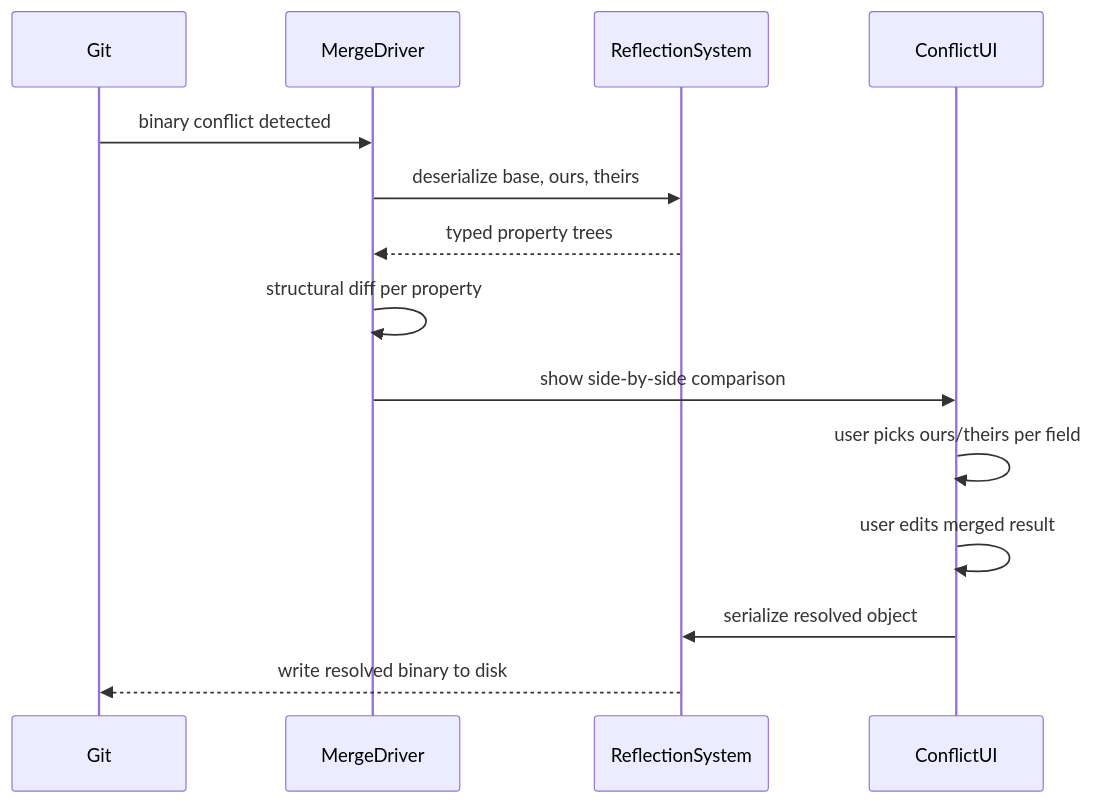
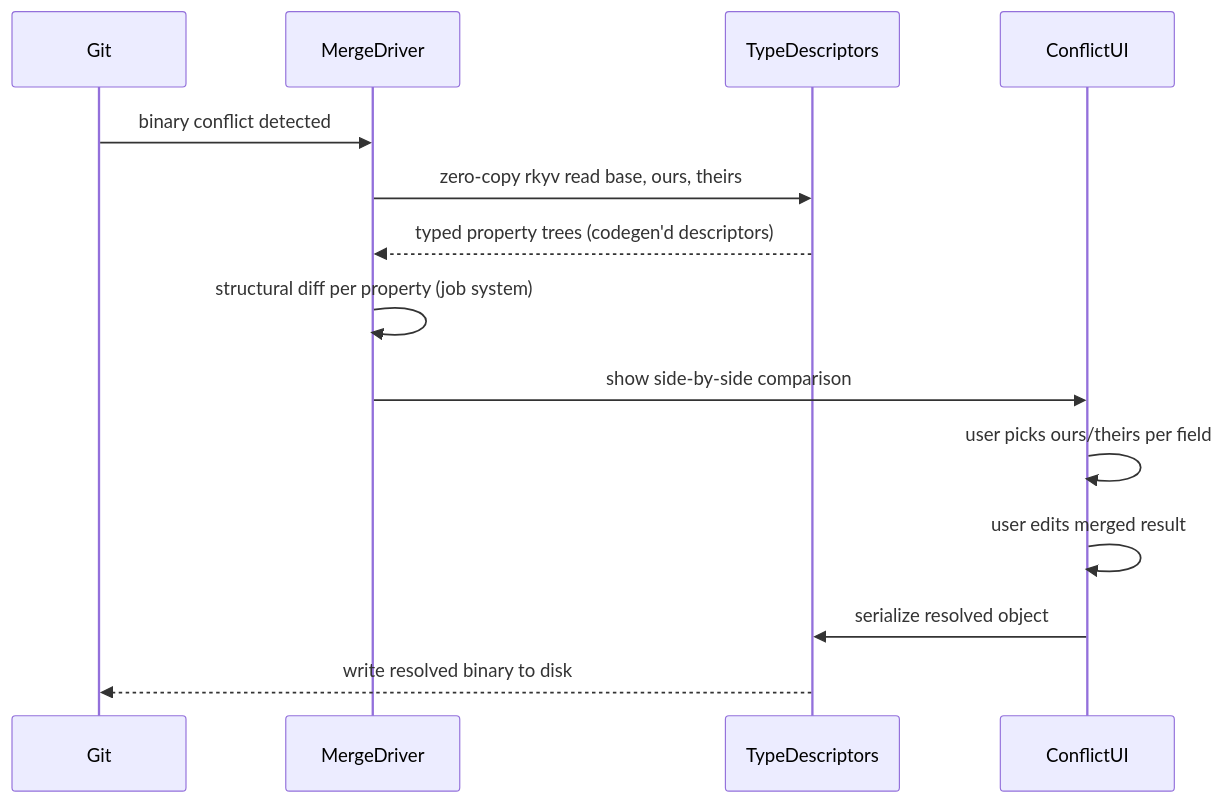
Before and after one commit to harmonius-dev/harmonius: the fourth of 6 diagrams in docs/design/tools/team-tools.md, drawn with Mermaid. The commit also changed other lines of this file and 174 other files, not shown here.

````diff
--- a/docs/design/tools/team-tools.md
+++ b/docs/design/tools/team-tools.md
@@ -140,17 +145,17 @@
 ```mermaid
 sequenceDiagram
     participant Git
     participant MD as MergeDriver
-    participant RS as ReflectionSystem
+    participant TD as TypeDescriptors
     participant UI as ConflictUI
 
     Git->>MD: binary conflict detected
-    MD->>RS: deserialize base, ours, theirs
-    RS-->>MD: typed property trees
-    MD->>MD: structural diff per property
+    MD->>TD: zero-copy rkyv read base, ours, theirs
+    TD-->>MD: typed property trees (codegen'd descriptors)
+    MD->>MD: structural diff per property (job system)
     MD->>UI: show side-by-side comparison
     UI->>UI: user picks ours/theirs per field
     UI->>UI: user edits merged result
-    UI->>RS: serialize resolved object
-    RS-->>Git: write resolved binary to disk
+    UI->>TD: serialize resolved object
+    TD-->>Git: write resolved binary to disk
 ```
````
